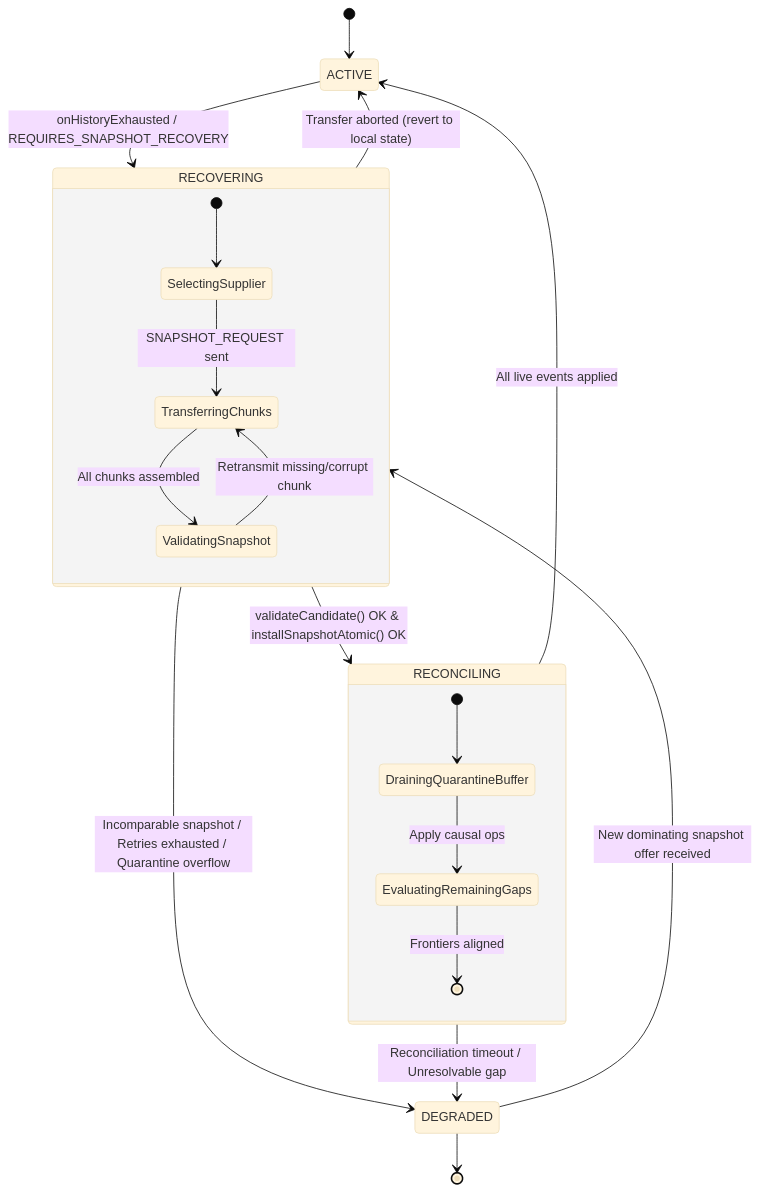
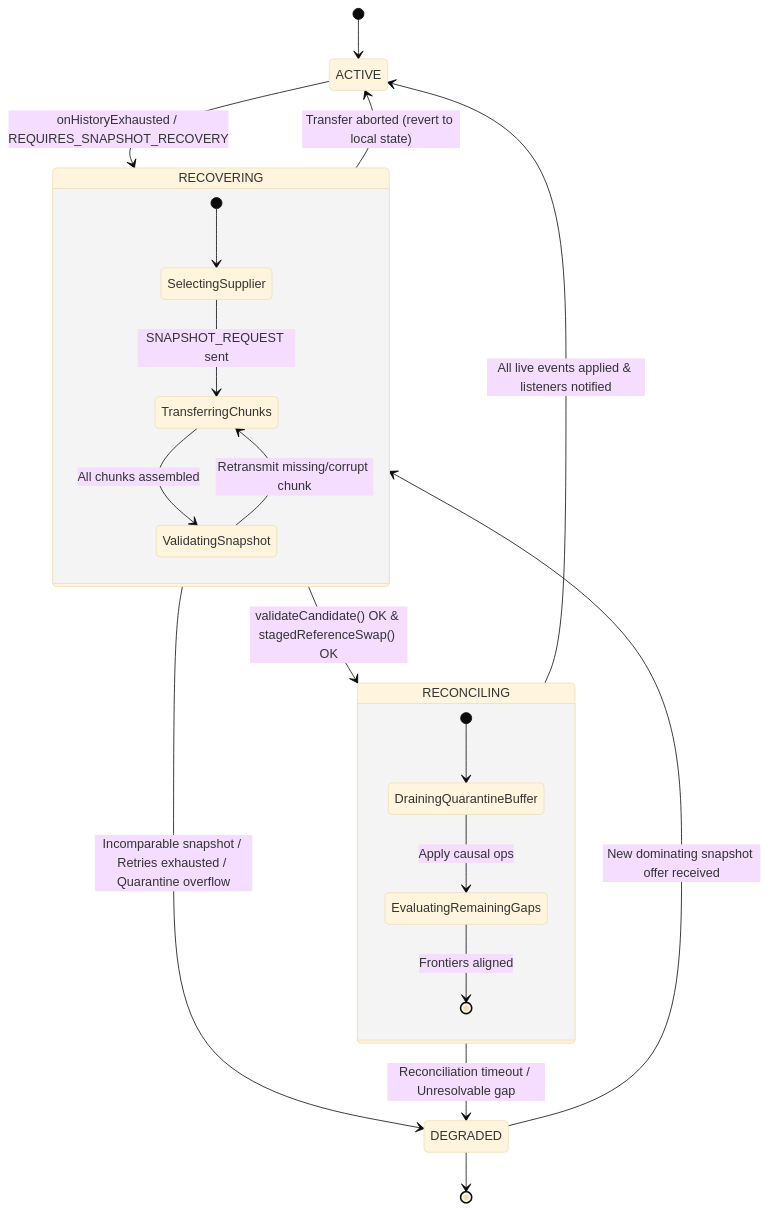
Before and after one commit to Tejdeepakchandra/SyncPlay_Protocol: the diagram in docs/PHASE7_5_ARCHITECTURE.md, drawn with Mermaid (base theme). The commit also changed other lines of this file and 5 other files, not shown here.

````diff
--- a/docs/PHASE7_5_ARCHITECTURE.md
+++ b/docs/PHASE7_5_ARCHITECTURE.md
@@ -77,27 +78,27 @@
 ```mermaid
 stateDiagram-v2
     [*] --> ACTIVE
     ACTIVE --> RECOVERING : onHistoryExhausted / REQUIRES_SNAPSHOT_RECOVERY
     
     state RECOVERING {
         [*] --> SelectingSupplier
         SelectingSupplier --> TransferringChunks : SNAPSHOT_REQUEST sent
         TransferringChunks --> ValidatingSnapshot : All chunks assembled
         ValidatingSnapshot --> TransferringChunks : Retransmit missing/corrupt chunk
     }
 
-    RECOVERING --> RECONCILING : validateCandidate() OK & installSnapshotAtomic() OK
+    RECOVERING --> RECONCILING : validateCandidate() OK & stagedReferenceSwap() OK
     RECOVERING --> DEGRADED : Incomparable snapshot / Retries exhausted / Quarantine overflow
     RECOVERING --> ACTIVE : Transfer aborted (revert to local state)
 
     state RECONCILING {
         [*] --> DrainingQuarantineBuffer
         DrainingQuarantineBuffer --> EvaluatingRemainingGaps : Apply causal ops
         EvaluatingRemainingGaps --> [*] : Frontiers aligned
     }
 
-    RECONCILING --> ACTIVE : All live events applied
+    RECONCILING --> ACTIVE : All live events applied & listeners notified
     RECONCILING --> DEGRADED : Reconciliation timeout / Unresolvable gap
     DEGRADED --> RECOVERING : New dominating snapshot offer received
     DEGRADED --> [*]
 ```
````
